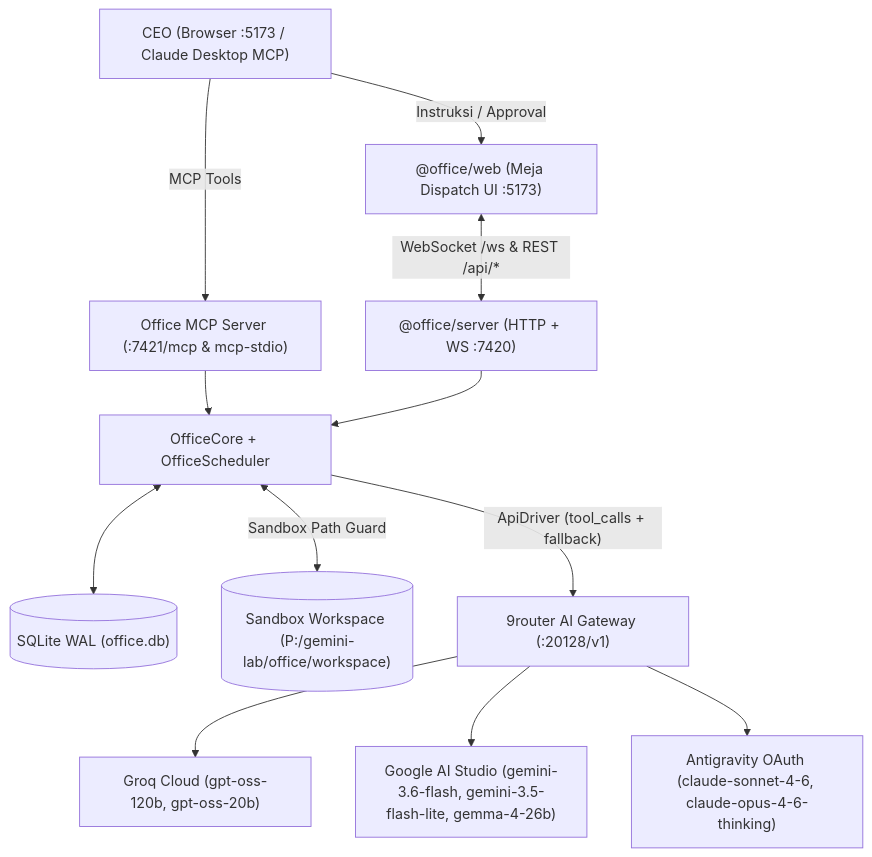
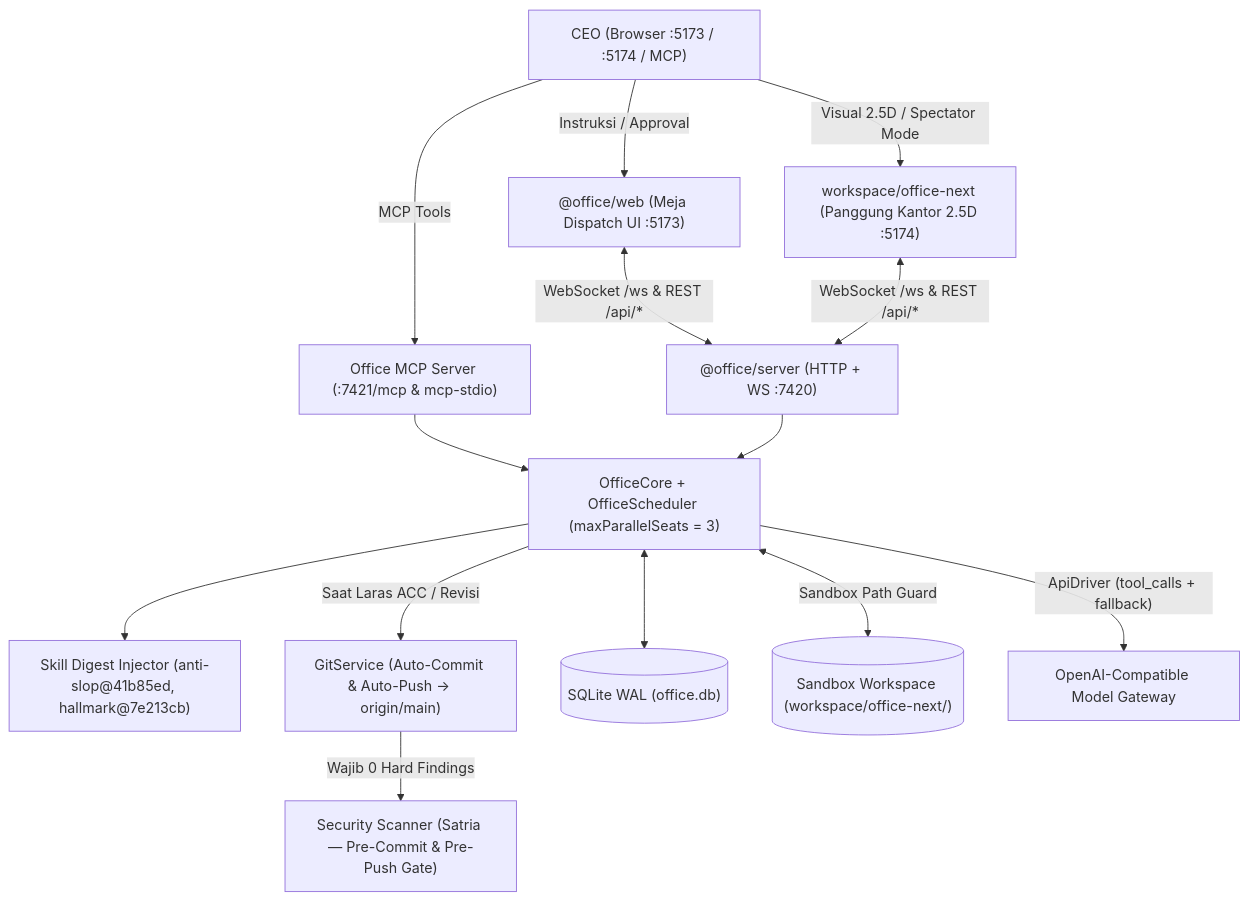
Before and after one commit to Muhayara/office-agents: the diagram in docs/ARCHITECTURE.md, drawn with Mermaid. The commit also changed other lines of this file and 15 other files, not shown here.

Commit message:
feat(office-next): siapkan scaffold ruang kantor isometrik 2.5D dan brief Fase A

````diff
--- a/docs/ARCHITECTURE.md
+++ b/docs/ARCHITECTURE.md
@@ -9,26 +9,29 @@
 ```mermaid
 flowchart TD
-    CEO["CEO (Browser :5173 / Claude Desktop MCP)"]
+    CEO["CEO (Browser :5173 / :5174 / MCP)"]
     Web["@office/web (Meja Dispatch UI :5173)"]
+    Iso["workspace/office-next (Panggung Kantor 2.5D :5174)"]
     Server["@office/server (HTTP + WS :7420)"]
     MCP["Office MCP Server (:7421/mcp & mcp-stdio)"]
-    Core["OfficeCore + OfficeScheduler"]
+    Core["OfficeCore + OfficeScheduler (maxParallelSeats = 3)"]
+    Skills["Skill Digest Injector (anti-slop@41b85ed, hallmark@7e213cb)"]
+    Scanner["Security Scanner (Satria — Pre-Commit & Pre-Push Gate)"]
+    GitSvc["GitService (Auto-Commit & Auto-Push -> origin/main)"]
     DB[("SQLite WAL (office.db)")]
-    Workspace[("Sandbox Workspace (P:/gemini-lab/office/workspace)")]
-    Router["9router AI Gateway (:20128/v1)"]
-    Groq["Groq Cloud (gpt-oss-120b, gpt-oss-20b)"]
-    Gemini["Google AI Studio (gemini-3.6-flash, gemini-3.5-flash-lite, gemma-4-26b)"]
-    AG["Antigravity OAuth (claude-sonnet-4-6, claude-opus-4-6-thinking)"]
+    Workspace[("Sandbox Workspace (workspace/office-next/)")]
+    Gateway["OpenAI-Compatible Model Gateway"]
 
     CEO -->|"Instruksi / Approval"| Web
+    CEO -->|"Visual 2.5D / Spectator Mode"| Iso
     CEO -->|"MCP Tools"| MCP
     Web <-->|"WebSocket /ws & REST /api/*"| Server
+    Iso <-->|"WebSocket /ws & REST /api/*"| Server
     MCP --> Core
     Server --> Core
     Core <--> DB
     Core <-->|"Sandbox Path Guard"| Workspace
-    Core -->|"ApiDriver (tool_calls + fallback)"| Router
-    Router --> Groq
-    Router --> Gemini
-    Router --> AG
+    Core --> Skills
+    Core -->|"Saat Laras ACC / Revisi"| GitSvc
+    GitSvc -->|"Wajib 0 Hard Findings"| Scanner
+    Core -->|"ApiDriver (tool_calls + fallback)"| Gateway
 ```
````
